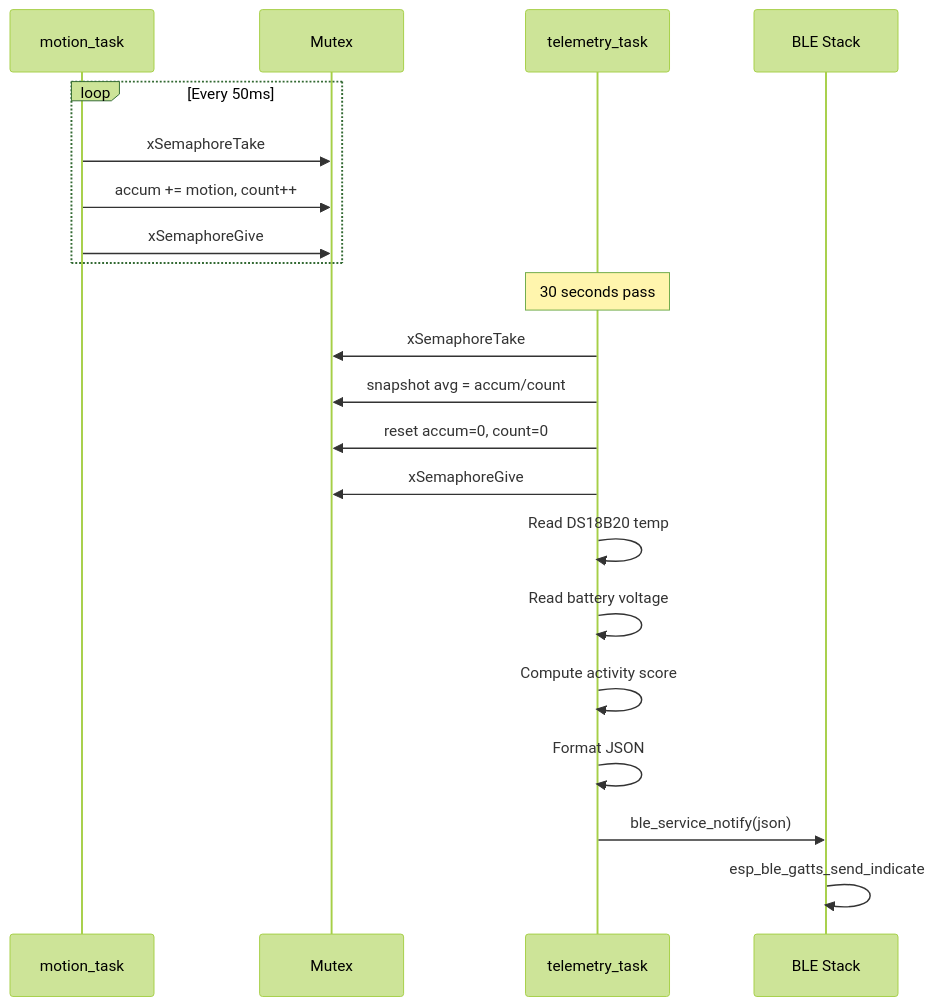
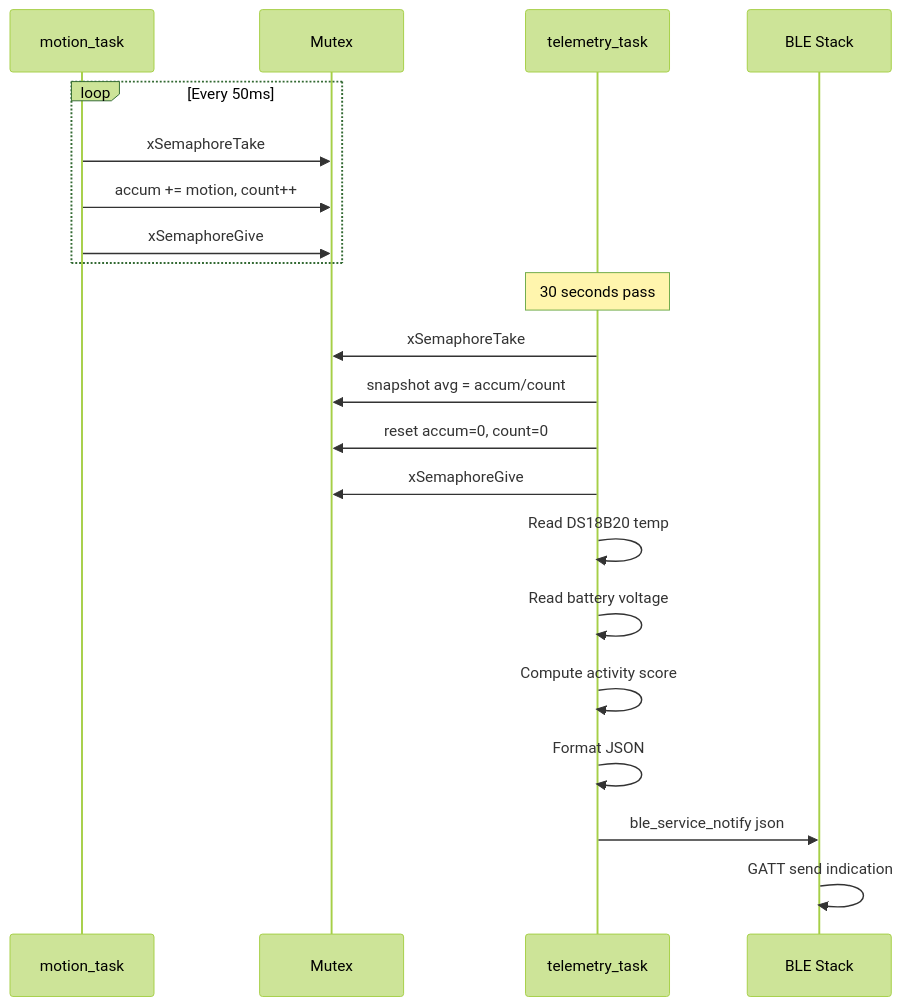
Before and after one commit to MYP-Tech/smart-goat-health-band: the third of 5 diagrams in docs/03_FIRMWARE_DESIGN.md, drawn with Mermaid (forest theme). The commit also changed other lines of this file and 6 other files, not shown here.

````diff
--- a/docs/03_FIRMWARE_DESIGN.md
+++ b/docs/03_FIRMWARE_DESIGN.md
@@ -120,26 +140,26 @@
 ```mermaid
 sequenceDiagram
     participant MT as motion_task
     participant MX as Mutex
     participant TT as telemetry_task
     participant BLE as BLE Stack
 
     loop Every 50ms
         MT->>MX: xSemaphoreTake
         MT->>MX: accum += motion, count++
         MT->>MX: xSemaphoreGive
     end
 
     Note over TT: 30 seconds pass
 
     TT->>MX: xSemaphoreTake
     TT->>MX: snapshot avg = accum/count
     TT->>MX: reset accum=0, count=0
     TT->>MX: xSemaphoreGive
     TT->>TT: Read DS18B20 temp
     TT->>TT: Read battery voltage
     TT->>TT: Compute activity score
     TT->>TT: Format JSON
-    TT->>BLE: ble_service_notify(json)
-    BLE->>BLE: esp_ble_gatts_send_indicate
+    TT->>BLE: ble_service_notify json
+    BLE->>BLE: GATT send indication
 ```
````
